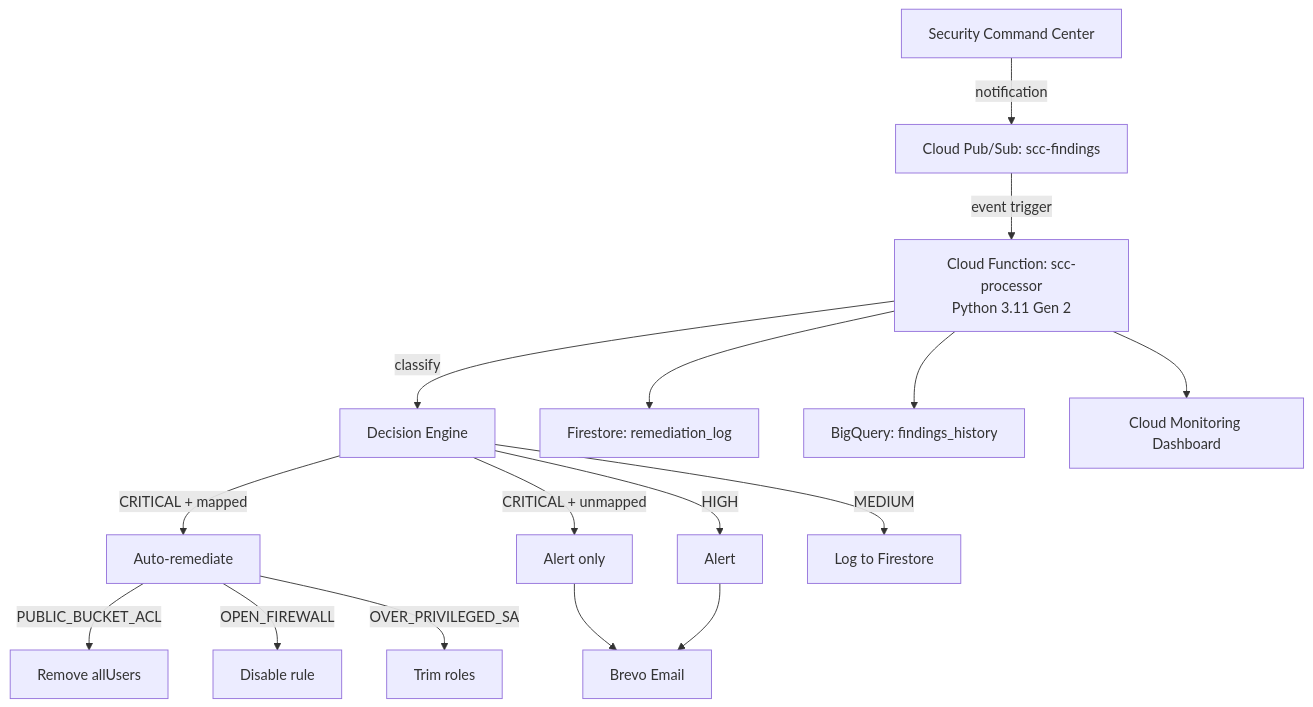
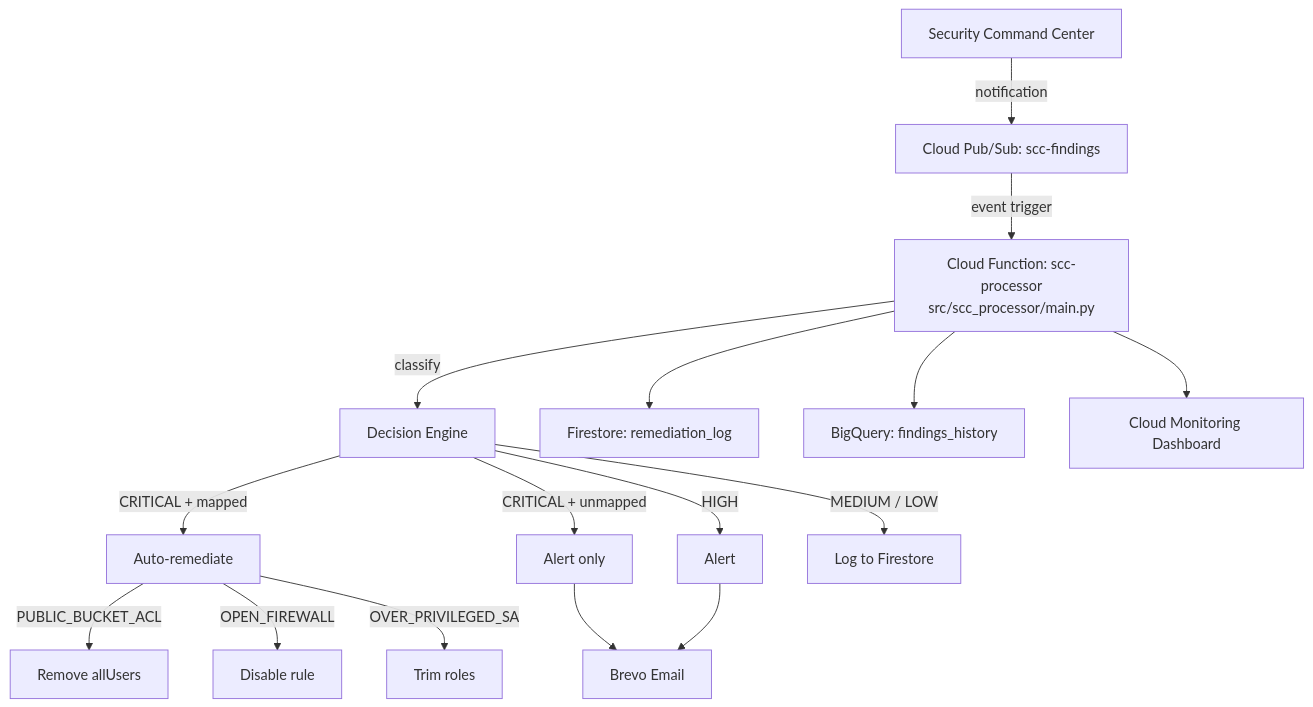
Before and after one commit to Bigbadlonewolf/SecureVault: the diagram in docs/INTERVIEW_WALKTHROUGH.md, drawn with Mermaid. The commit also changed other lines of this file and 32 other files, not shown here.

````diff
--- a/docs/INTERVIEW_WALKTHROUGH.md
+++ b/docs/INTERVIEW_WALKTHROUGH.md
@@ -30,18 +30,18 @@
 ```mermaid
 flowchart TD
     SCC[Security Command Center] -->|notification| PS[Cloud Pub/Sub: scc-findings]
-    PS -->|event trigger| CF[Cloud Function: scc-processor<br/>Python 3.11 Gen 2]
+    PS -->|event trigger| CF[Cloud Function: scc-processor<br/>src/scc_processor/main.py]
     CF -->|classify| DE[Decision Engine]
     DE -->|CRITICAL + mapped| REM[Auto-remediate]
     DE -->|CRITICAL + unmapped| ALERT1[Alert only]
     DE -->|HIGH| ALERT2[Alert]
-    DE -->|MEDIUM| LOG[Log to Firestore]
+    DE -->|MEDIUM / LOW| LOG[Log to Firestore]
     REM -->|PUBLIC_BUCKET_ACL| A1[Remove allUsers]
     REM -->|OPEN_FIREWALL| A2[Disable rule]
     REM -->|OVER_PRIVILEGED_SA| A3[Trim roles]
     ALERT1 --> BV[Brevo Email]
     ALERT2 --> BV
     CF --> FS[Firestore: remediation_log]
     CF --> BQ[BigQuery: findings_history]
     CF --> MON[Cloud Monitoring Dashboard]
 ```
````
